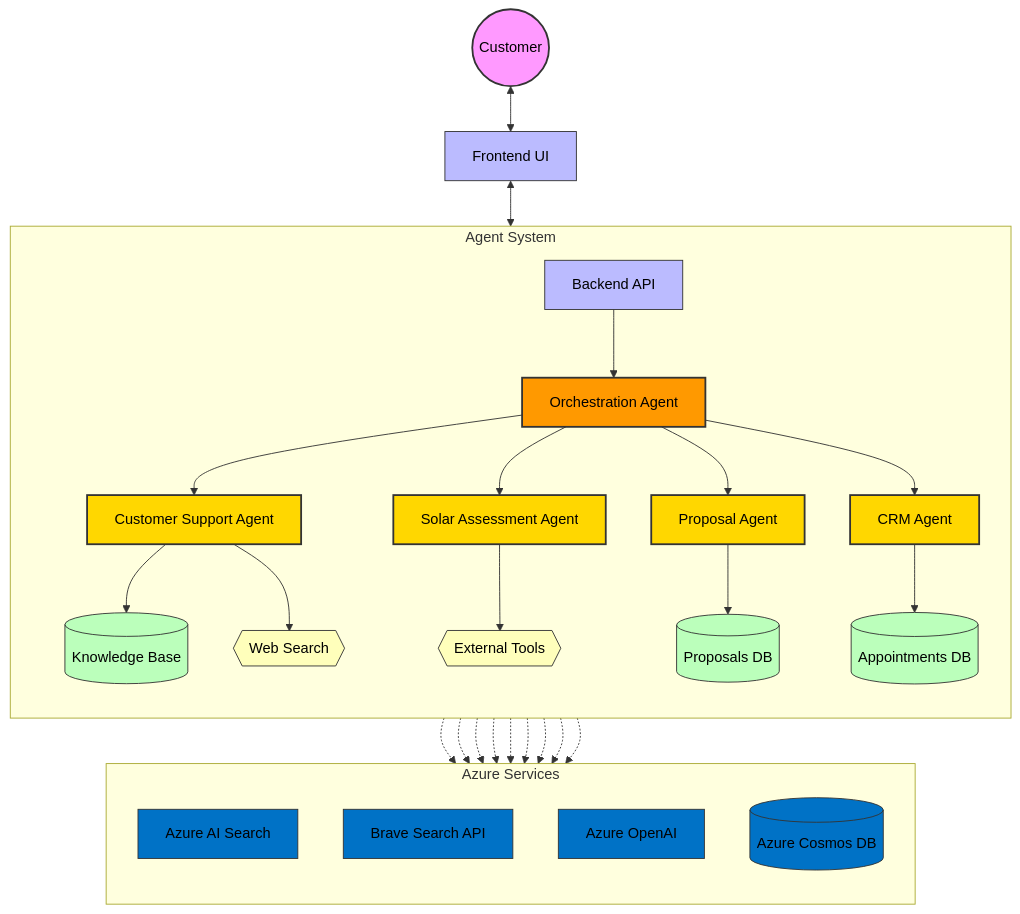
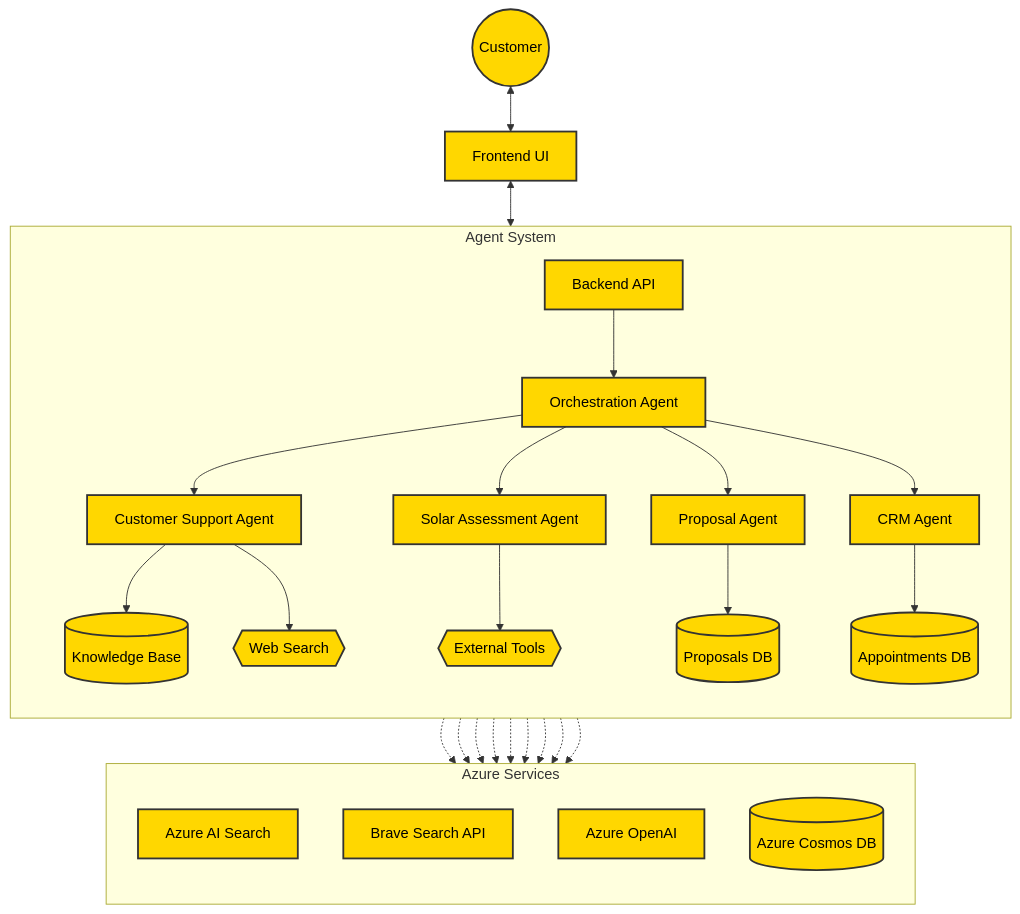
The diagram in README.md (JoshuaLevi/DemoSolar), drawn with Mermaid before and after one commit.

Commit message:
diagram readme

````diff
--- a/README.md
+++ b/README.md
@@ -16,48 +16,48 @@
 ```mermaid
 flowchart TB
     User((Customer)) <--> FrontendUI[Frontend UI]
     FrontendUI <--> BackendAPI[Backend API]
     
     subgraph "Agent System"
         direction TB
         BackendAPI --> Orchestrator
         
         Orchestrator[Orchestration Agent]
         
         Orchestrator --> SupportAgent[Customer Support Agent]
         Orchestrator --> AssessmentAgent[Solar Assessment Agent]
         Orchestrator --> ProposalAgent[Proposal Agent]
         Orchestrator --> CRMAgent[CRM Agent]
         
         SupportAgent --> KnowledgeBase[(Knowledge Base)]
         SupportAgent --> WebSearch{{Web Search}}
         AssessmentAgent --> Tools{{External Tools}}
         ProposalAgent --> Proposals[(Proposals DB)]
         CRMAgent --> Appointments[(Appointments DB)]
     end
     
     subgraph "Azure Services"
         direction TB
         KnowledgeBase -.-> AzureSearch[Azure AI Search]
         WebSearch -.-> BraveAPI[Brave Search API]
         Orchestrator & SupportAgent & AssessmentAgent & ProposalAgent & CRMAgent -.-> AzureOpenAI[Azure OpenAI]
         Proposals & Appointments -.-> CosmosDB[(Azure Cosmos DB)]
     end
     
     %% Styling
-    classDef user fill:#f9f,stroke:#333,stroke-width:2px,color:#000
-    classDef frontend fill:#bbf,stroke:#333,stroke-width:1px,color:#000
+    classDef user fill:#ffd700,stroke:#333,stroke-width:2px,color:#000
+    classDef frontend fill:#ffd700,stroke:#333,stroke-width:2px,color:#000
     classDef agent fill:#ffd700,stroke:#333,stroke-width:2px,color:#000
-    classDef primaryAgent fill:#ff9900,stroke:#333,stroke-width:2px,color:#000
-    classDef database fill:#bfb,stroke:#333,stroke-width:1px,color:#000
-    classDef azure fill:#0072C6,stroke:#333,stroke-width:1px,color:#000
-    classDef tool fill:#ffb,stroke:#333,stroke-width:1px,color:#000
+    classDef primaryAgent fill:#ffd700,stroke:#333,stroke-width:2px,color:#000
+    classDef database fill:#ffd700,stroke:#333,stroke-width:2px,color:#000
+    classDef azure fill:#ffd700,stroke:#333,stroke-width:2px,color:#000
+    classDef tool fill:#ffd700,stroke:#333,stroke-width:2px,color:#000
     
     class User user
     class FrontendUI,BackendAPI frontend
     class Orchestrator primaryAgent
     class SupportAgent,AssessmentAgent,ProposalAgent,CRMAgent agent
     class KnowledgeBase,Proposals,Appointments database
     class AzureSearch,AzureOpenAI,CosmosDB,BraveAPI azure
     class WebSearch,Tools tool
 ```
````
